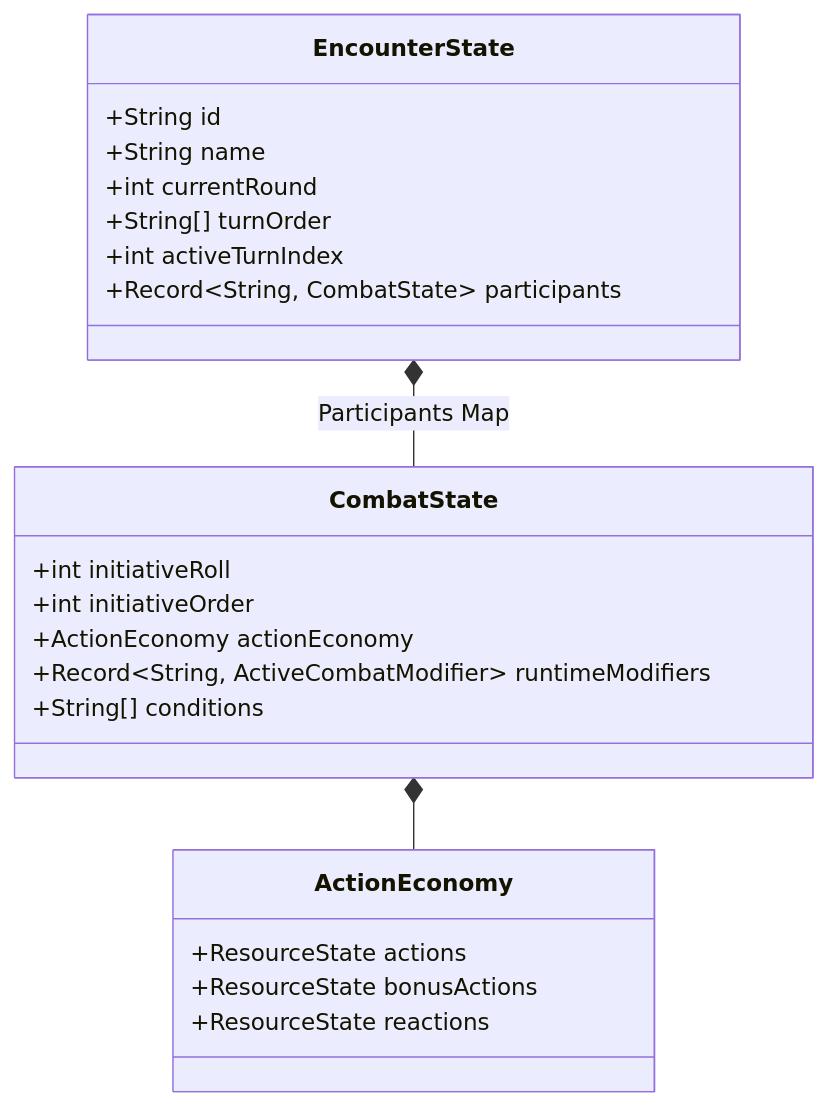
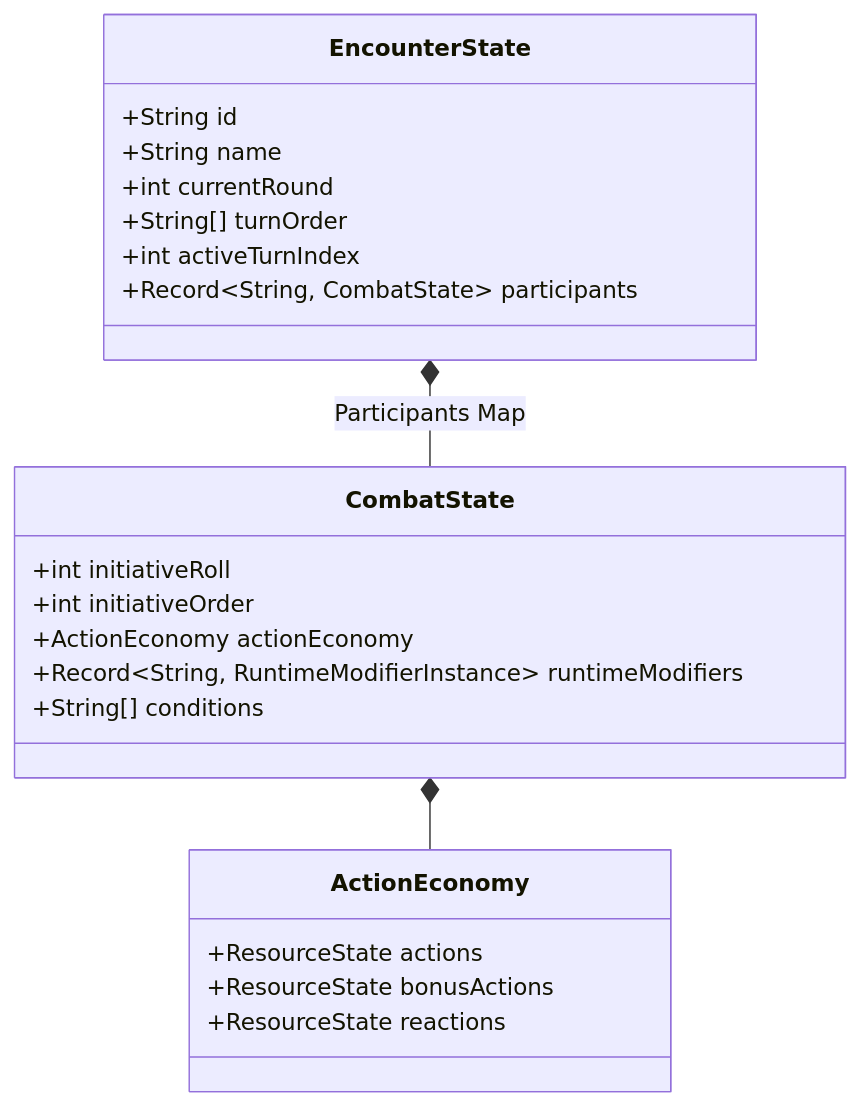
One commit to JaredReyes107/DnD-Companion changed the second of 5 diagrams in docs/domain-model.md. Above: the diagram before and after it, drawn with Mermaid. The commit also changed other lines of this file and 143 other files, not shown here.

````diff
--- a/docs/domain-model.md
+++ b/docs/domain-model.md
@@ -65,28 +93,28 @@
 ```mermaid
 classDiagram
     class EncounterState {
         +String id
         +String name
         +int currentRound
         +String[] turnOrder
         +int activeTurnIndex
         +Record~String, CombatState~ participants
     }
 
     class CombatState {
         +int initiativeRoll
         +int initiativeOrder
         +ActionEconomy actionEconomy
-        +Record~String, ActiveCombatModifier~ runtimeModifiers
+        +Record~String, RuntimeModifierInstance~ runtimeModifiers
         +String[] conditions
     }
 
     class ActionEconomy {
         +ResourceState actions
         +ResourceState bonusActions
         +ResourceState reactions
     }
 
     EncounterState *-- CombatState : Participants Map
     CombatState *-- ActionEconomy
 ```
````
